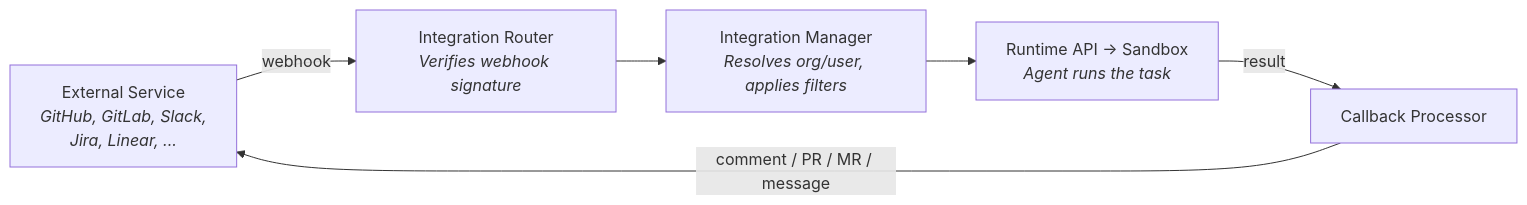
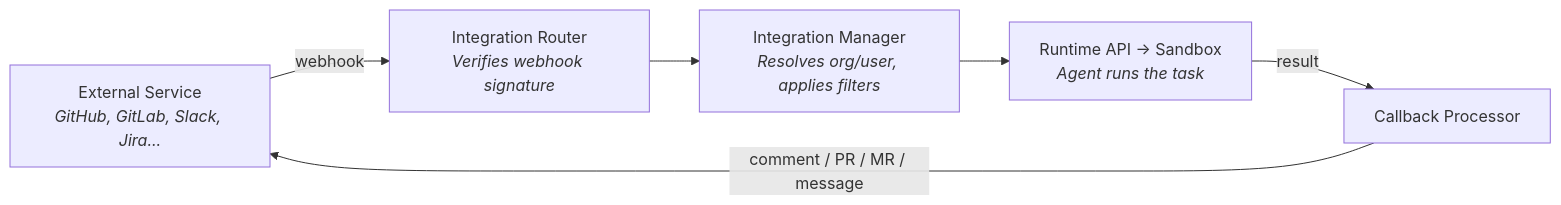
One commit to OpenHands/docs changed the second of 2 diagrams in enterprise/architecture.mdx. Above: the diagram before and after it, drawn with Mermaid. The commit also changed other lines of this file, not shown here.

````diff
--- a/enterprise/architecture.mdx
+++ b/enterprise/architecture.mdx
@@ -148,11 +148,11 @@
 ```mermaid
 flowchart LR
-    Ext["External Service<br/><i>GitHub, GitLab, Slack,<br/>Jira, Linear, ...</i>"]
+    Ext["External Service<br/><i>GitHub, GitLab, Slack, Jira...</i>"]
     Router["Integration Router<br/><i>Verifies webhook signature</i>"]
     Manager["Integration Manager<br/><i>Resolves org/user, applies filters</i>"]
     Runtime["Runtime API → Sandbox<br/><i>Agent runs the task</i>"]
     Callback["Callback Processor"]
 
     Ext -- "webhook" --> Router --> Manager --> Runtime
     Runtime -- "result" --> Callback -- "comment / PR / MR / message" --> Ext
 ```
````
